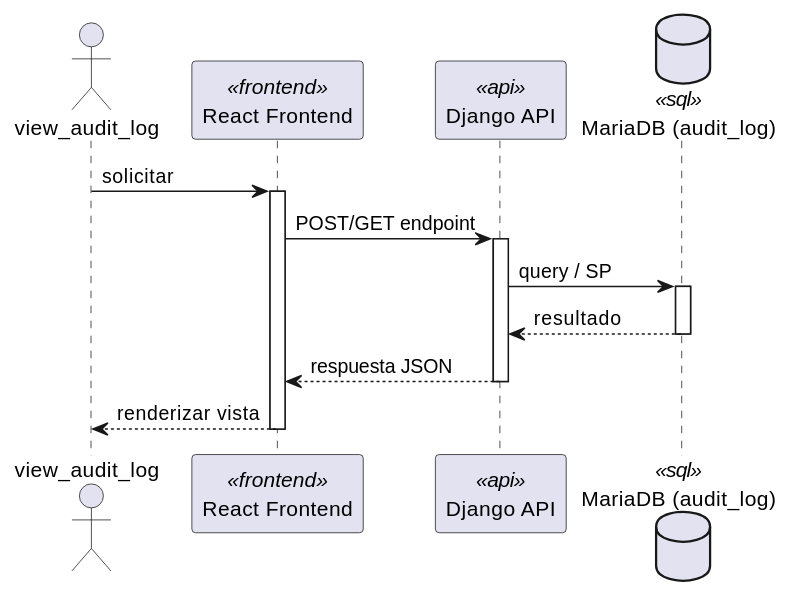
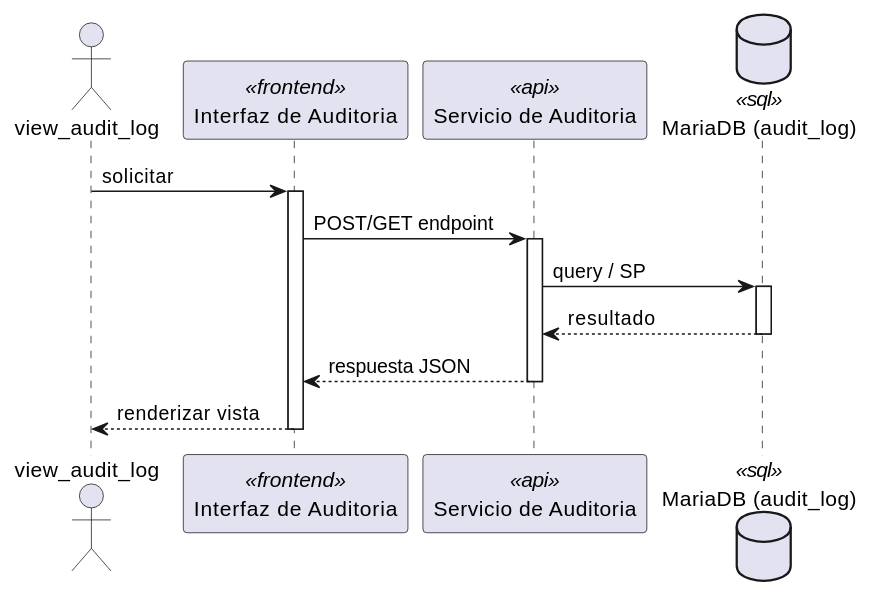
Before and after one commit to jcg-admin/IACT-docs: the first of 2 diagrams in source/arquitectura-tecnica/DesignView/aud-01.rst, drawn with PlantUML. The commit also changed other lines of this file and 243 other files, not shown here.

First line of the commit message:
Add missing diagrams and fix participant names across Kruchten views

```diff
--- a/source/arquitectura-tecnica/DesignView/aud-01.rst
+++ b/source/arquitectura-tecnica/DesignView/aud-01.rst
@@ -22,28 +22,28 @@
 .. uml::
  :caption: UC_AUD_01 — Design View (secuencia)
 
  @startuml
 
  actor "view_audit_log" as view_audit_log
- participant "React Frontend" as Frontend <<frontend>>
- participant "Django API" as APIServer <<api>>
- database "MariaDB (audit_log)" as BaseDatos <<sql>>
+ participant "Interfaz de Auditoria" as Iface <<frontend>>
+ participant "Servicio de Auditoria" as SvcNode <<api>>
+ database "MariaDB (audit_log)" as Store <<sql>>
 
- view_audit_log -> Frontend : solicitar
- activate Frontend
+ view_audit_log -> Iface : solicitar
+ activate Iface
 
- Frontend -> APIServer : POST/GET endpoint
- activate APIServer
+ Iface -> SvcNode : POST/GET endpoint
+ activate SvcNode
 
- APIServer -> BaseDatos : query / SP
- activate BaseDatos
- BaseDatos --> APIServer : resultado
- deactivate BaseDatos
+ SvcNode -> Store : query / SP
+ activate Store
+ Store --> SvcNode : resultado
+ deactivate Store
 
- APIServer --> Frontend : respuesta JSON
- deactivate APIServer
+ SvcNode --> Iface : respuesta JSON
+ deactivate SvcNode
 
- Frontend --> view_audit_log : renderizar vista
- deactivate Frontend
+ Iface --> view_audit_log : renderizar vista
+ deactivate Iface
 
  @enduml
```
